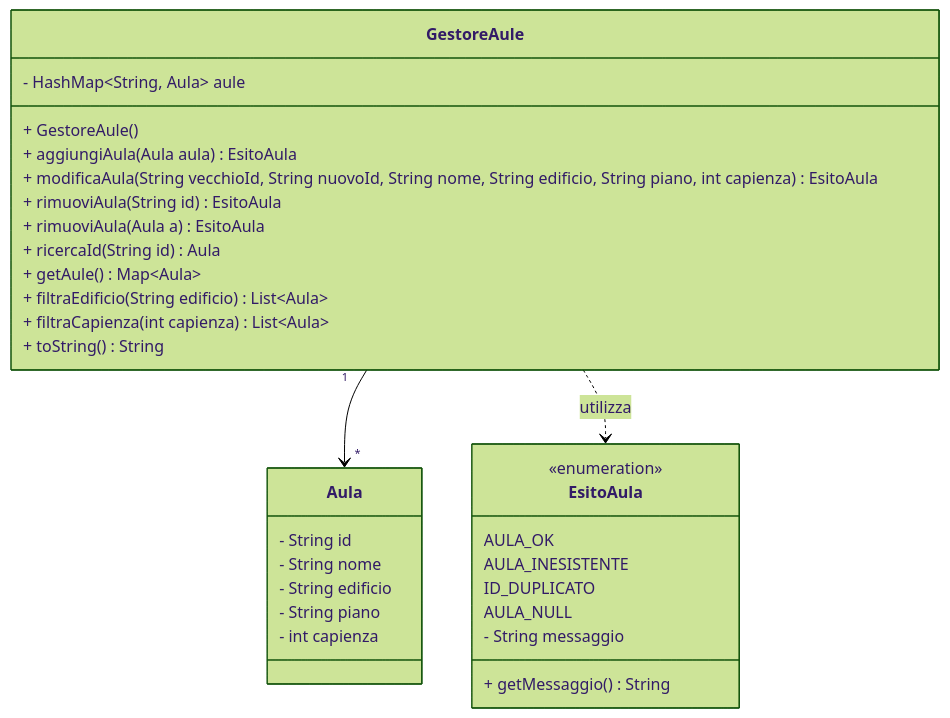
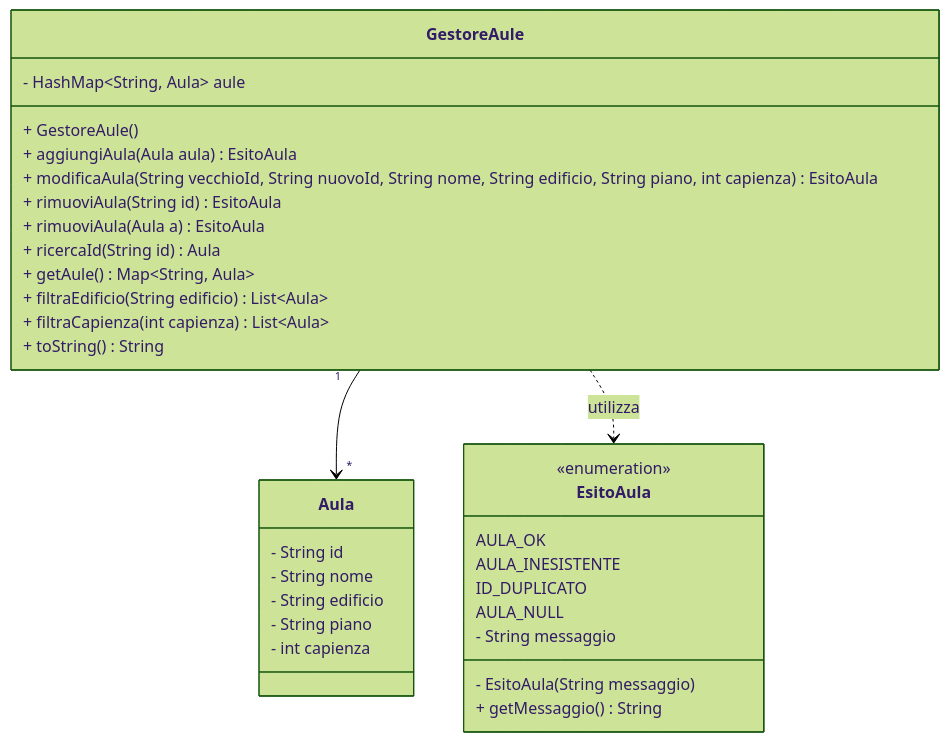
Before and after one commit to gcarbone48/PrenotazioneAule5: the diagram in diagrams/class diagrams/gestoreAuleClass.md, drawn with Mermaid (forest theme). The commit also changed 1 other file, not shown here.

Commit message:
FIX: sostituiti alcuni nomi, migliorato il rendering dei diagrammi Mermaid, aggiunto commenti

````diff
--- a/diagrams/class diagrams/gestoreAuleClass.md
+++ b/diagrams/class diagrams/gestoreAuleClass.md
@@ -1,57 +1,60 @@
 ```mermaid
 classDiagram
 
 
     class Aula {
         - String id
         %% codice identificativo univoco
         - String nome
         - String edificio
         - String piano
         - int capienza
     }
 
     class GestoreAule{
         - HashMap~String, Aula~ aule
         %% costruttore
         + GestoreAule()
         %% aggiunge un'aula verificando l'unicità dell'id e i valori nulli
         + aggiungiAula(Aula aula) EsitoAula
         %% modifica un'aula esistente gestendo anche l'eventuale cambio di ID
         + modificaAula(String vecchioId, String nuovoId, String nome, String edificio, String piano, int capienza) EsitoAula
         %% rimuove un'aula tramite il suo id 
         %%%%%%%%%%%% TODO: NON è MEGLIO PASSARE DUMMY OBJ AULA?     %%%%%%%%%%%%%%%%%%%%%%%%%%
         + rimuoviAula(String id) EsitoAula
         %% facciamo overloading??
         + rimuoviAula (Aula a) EsitoAula
         %% cerca e restituisce un'aula tramite il suo id
         + ricercaId(String id) Aula
         %% restituisce una collezione di tutte le aule registrate
-        + getAule() Map~Aula~
+        %% NON SAREBBE MEGLIO LISTA??
+        + getAule() Map~String, Aula~
         %% restituisce una lista di aule filtrate per edificio
         + filtraEdificio(String edificio) List~Aula~
         %% restituisce una lista di aule filtrate per capienza minima
         + filtraCapienza(int capienza) List~Aula~
 
         + toString() String
     }
 
     class EsitoAula {
         <<enumeration>>
         %%esito corretto
         AULA_OK
         %%restituita se l'aula passata non esiste
         AULA_INESISTENTE
         %%restituita se l'id è già associato ad un'altra aula
         ID_DUPLICATO
         %%restituita se l'aula passata è null
         AULA_NULL
         %%attributo privato immutabile che memorizza il testo descrittivo dell'esito
         - String messaggio
+        %%costruttore
+        - EsitoAula(String messaggio)
         %%metodo pubblico per accedere al testo descrittivo dell'esito
         + getMessaggio() String
     }
     GestoreAule "1" --> "*" Aula
     GestoreAule ..> EsitoAula : utilizza
         
 ```
````
